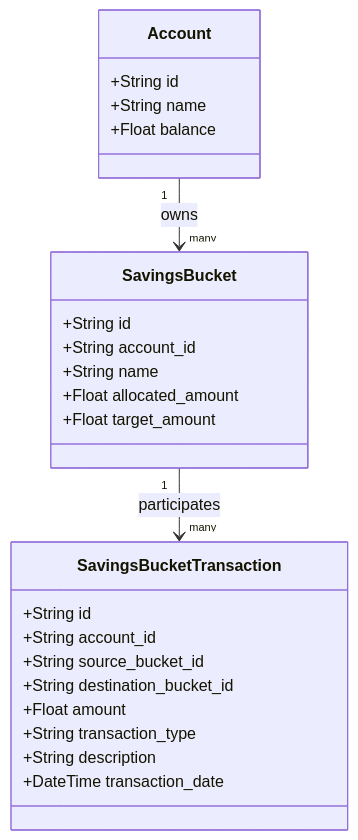
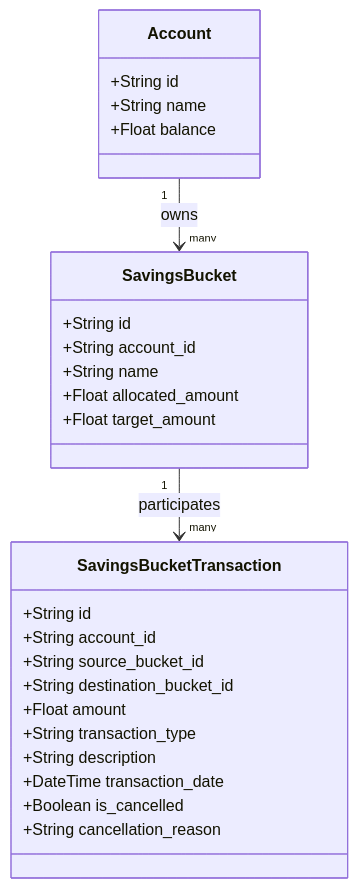
One commit to shangar-t-a/bella-keys-personal-assist changed the first of 4 diagrams in services/expense-manager-service/docs/features/savings-bucket.md. Above: the diagram before and after it, drawn with Mermaid. The commit also changed other lines of this file, not shown here.

First line of the commit message:
docs(ems): update savings bucket feature documentation for transaction cancellation

````diff
--- a/services/expense-manager-service/docs/features/savings-bucket.md
+++ b/services/expense-manager-service/docs/features/savings-bucket.md
@@ -27,28 +27,30 @@
 ```mermaid
 classDiagram
     class Account {
         +String id
         +String name
         +Float balance
     }
     class SavingsBucket {
         +String id
         +String account_id
         +String name
         +Float allocated_amount
         +Float target_amount
     }
     class SavingsBucketTransaction {
         +String id
         +String account_id
         +String source_bucket_id
         +String destination_bucket_id
         +Float amount
         +String transaction_type
         +String description
         +DateTime transaction_date
+        +Boolean is_cancelled
+        +String cancellation_reason
     }
 
     Account "1" --> "many" SavingsBucket : owns
     SavingsBucket "1" --> "many" SavingsBucketTransaction : participates
 ```
````
